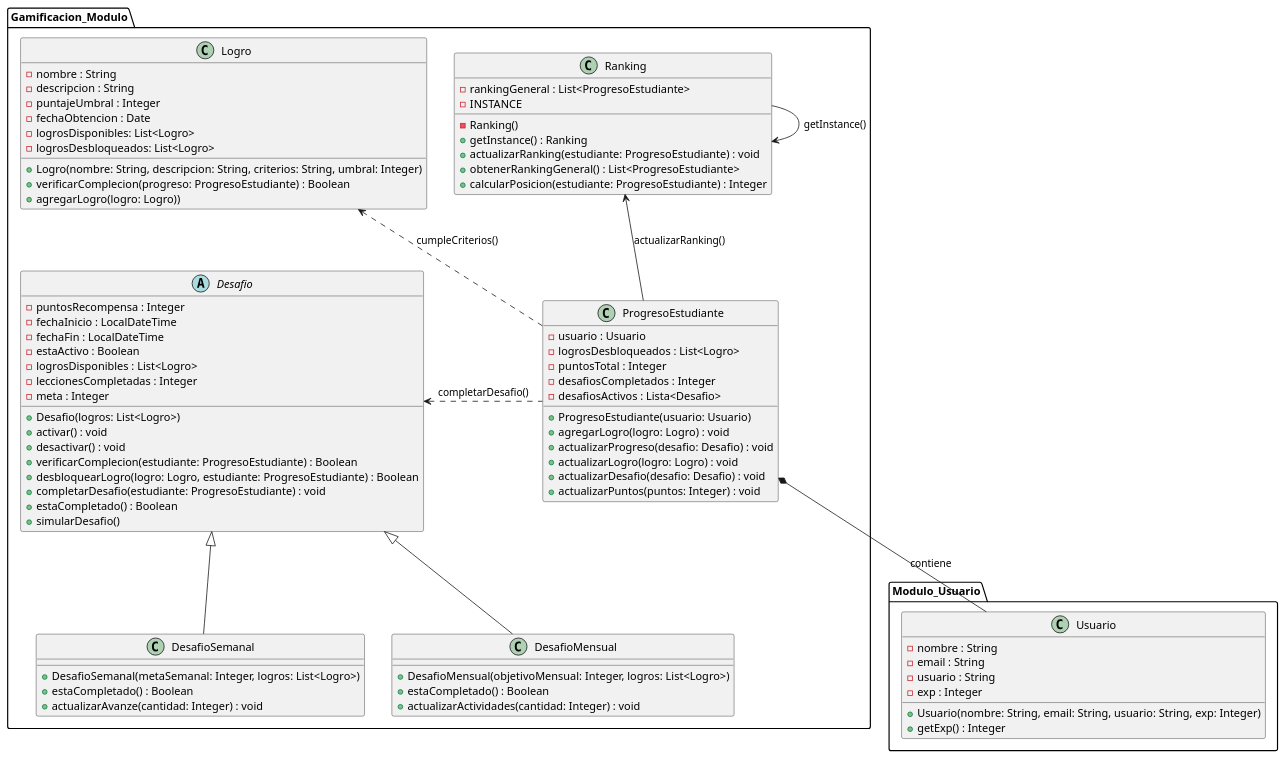
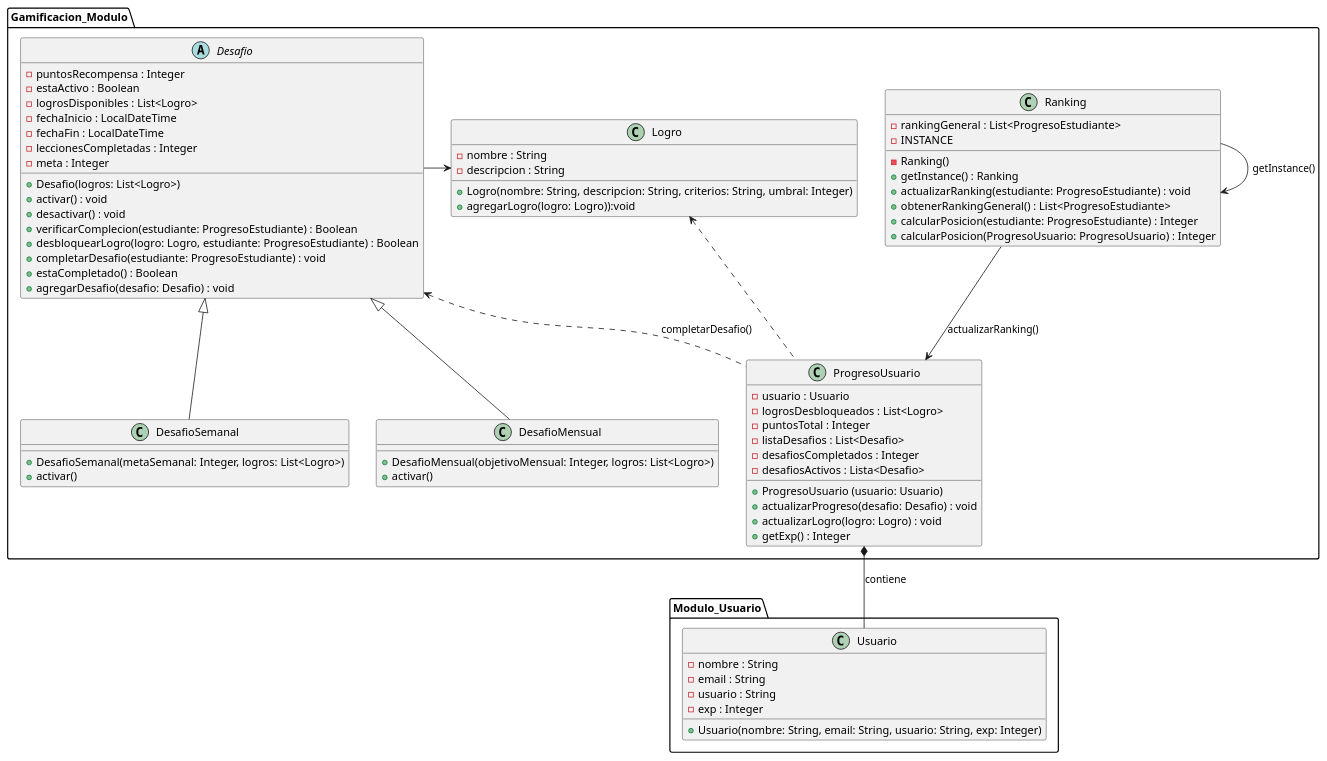
The diagram in src/main/java/Gamificacion_Modulo/Gamificación_Diagrama/DiagramaClasesGamificacion.puml (JuanMateoQ/HelloCode_Software), drawn with PlantUML before and after one commit. The commit also changed 83 other files, not shown here.

```diff
--- a/src/main/java/Gamificacion_Modulo/Gamificación_Diagrama/DiagramaClasesGamificacion.puml
+++ b/src/main/java/Gamificacion_Modulo/Gamificación_Diagrama/DiagramaClasesGamificacion.puml
@@ -1,103 +1,95 @@
 @startuml
 package Modulo_Usuario {
 
     class Usuario {
             - nombre : String
             - email : String
             - usuario : String
             - exp : Integer
             + Usuario(nombre: String, email: String, usuario: String, exp: Integer)
-            + getExp() : Integer
         }
 
 }
 
 package "Gamificacion_Modulo" {
 
     class Logro {
         - nombre : String
         - descripcion : String
-        - puntajeUmbral : Integer
-        - fechaObtencion : Date
-        - logrosDisponibles: List<Logro>
-        - logrosDesbloqueados: List<Logro>
         + Logro(nombre: String, descripcion: String, criterios: String, umbral: Integer)
-        + verificarComplecion(progreso: ProgresoEstudiante) : Boolean
-        'Hablar de agregarLogro
-        +agregarLogro(logro: Logro))
+        + agregarLogro(logro: Logro)):void
+
     }
 
     abstract class Desafio {
         - puntosRecompensa : Integer
+        - estaActivo : Boolean
+        - logrosDisponibles : List<Logro>
         - fechaInicio : LocalDateTime
         - fechaFin : LocalDateTime
-        - estaActivo : Boolean
-        - logrosDisponibles : List<Logro>
         - leccionesCompletadas : Integer
         - meta : Integer
         'Cual es la diferencia entre verificarComplecion y estaCompletado?
         + Desafio(logros: List<Logro>)
         + activar() : void
         + desactivar() : void
         + verificarComplecion(estudiante: ProgresoEstudiante) : Boolean
         + desbloquearLogro(logro: Logro, estudiante: ProgresoEstudiante) : Boolean
         + completarDesafio(estudiante: ProgresoEstudiante) : void
         + estaCompletado() : Boolean
-        + simularDesafio()
+        +agregarDesafio(desafio: Desafio) : void
     }
 
     class DesafioSemanal {
 
         + DesafioSemanal(metaSemanal: Integer, logros: List<Logro>)
-        + estaCompletado() : Boolean
-        + actualizarAvanze(cantidad: Integer) : void
+        + activar()
     }
 
     class DesafioMensual {
 
         + DesafioMensual(objetivoMensual: Integer, logros: List<Logro>)
-        + estaCompletado() : Boolean
-        + actualizarActividades(cantidad: Integer) : void
+        + activar()
     }
 
-    class ProgresoEstudiante {
+    class ProgresoUsuario {
         - usuario : Usuario
         - logrosDesbloqueados : List<Logro>
         - puntosTotal : Integer
+        - listaDesafios : List<Desafio>
         - desafiosCompletados : Integer
         - desafiosActivos : Lista<Desafio>
 
-        + ProgresoEstudiante(usuario: Usuario)
-        + agregarLogro(logro: Logro) : void
+        + ProgresoUsuario (usuario: Usuario)
         + actualizarProgreso(desafio: Desafio) : void
         + actualizarLogro(logro: Logro) : void
-        + actualizarDesafio(desafio: Desafio) : void
-        + actualizarPuntos(puntos: Integer) : void
+        + getExp() : Integer
     }
 
     class Ranking {
         - rankingGeneral : List<ProgresoEstudiante>
         -INSTANCE
         - Ranking()
         + getInstance() : Ranking
         + actualizarRanking(estudiante: ProgresoEstudiante) : void
         + obtenerRankingGeneral() : List<ProgresoEstudiante>
         + calcularPosicion(estudiante: ProgresoEstudiante) : Integer
+        + calcularPosicion(ProgresoUsuario: ProgresoUsuario) : Integer
     }
     Ranking ->Ranking: getInstance()
     ' Relaciones de Herencia
     Desafio <|-- DesafioSemanal
     Desafio <|-- DesafioMensual
 
     ' Relaciones de Composición
-    ProgresoEstudiante *-- Usuario : "contiene"
+    ProgresoUsuario *-- Usuario : "contiene"
 
 
     ' Relaciones de Dependencia
-    Logro <.. ProgresoEstudiante : "cumpleCriterios()"
-    Desafio <. ProgresoEstudiante : "completarDesafio()"
-    Ranking <-- ProgresoEstudiante : "actualizarRanking()"
-
+    Logro <.. ProgresoUsuario
+    Desafio <. ProgresoUsuario : "completarDesafio()"
+    Ranking --> ProgresoUsuario : "actualizarRanking()"
+    Desafio -> Logro
 }
 
 @enduml
```
